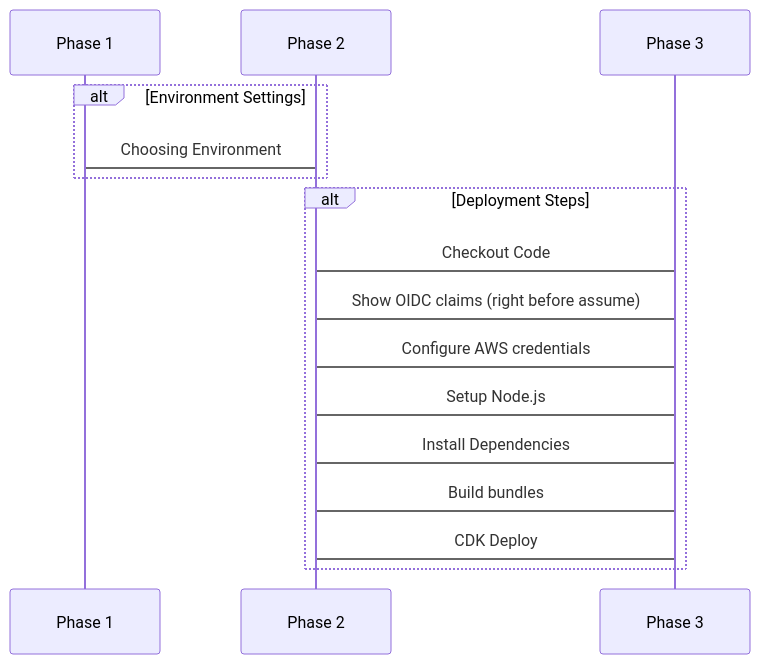
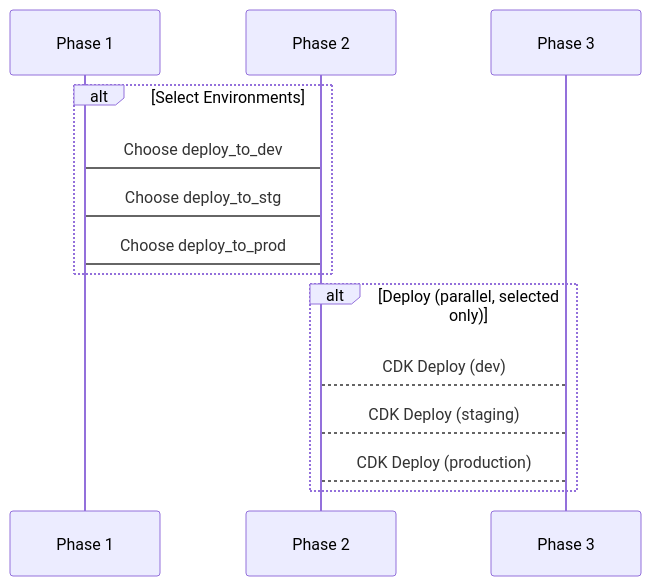
The third of 3 diagrams in docs/deployment.md (govuk-once/gds-unified-notification-service), drawn with Mermaid before and after one commit. The commit also changed other lines of this file and 29 other files, not shown here.

````diff
--- a/docs/deployment.md
+++ b/docs/deployment.md
@@ -189,15 +294,13 @@
 ```mermaid
 sequenceDiagram
-    alt Environment Settings
-      Phase 1->Phase 2: Choosing Environment
+    alt Select Environments
+      Phase 1->Phase 2: Choose deploy_to_dev
+      Phase 1->Phase 2: Choose deploy_to_stg
+      Phase 1->Phase 2: Choose deploy_to_prod
     end
-    alt Deployment Steps
-      Phase 2->Phase 3: Checkout Code
-      Phase 2->Phase 3: Show OIDC claims (right before assume)
-      Phase 2->Phase 3: Configure AWS credentials
-      Phase 2->Phase 3: Setup Node.js
-      Phase 2->Phase 3: Install Dependencies
-      Phase 2->Phase 3: Build bundles
-      Phase 2->Phase 3: CDK Deploy
+    alt Deploy (parallel, selected only)
+      Phase 2-->Phase 3: CDK Deploy (dev)
+      Phase 2-->Phase 3: CDK Deploy (staging)
+      Phase 2-->Phase 3: CDK Deploy (production)
     end
 ```
````
